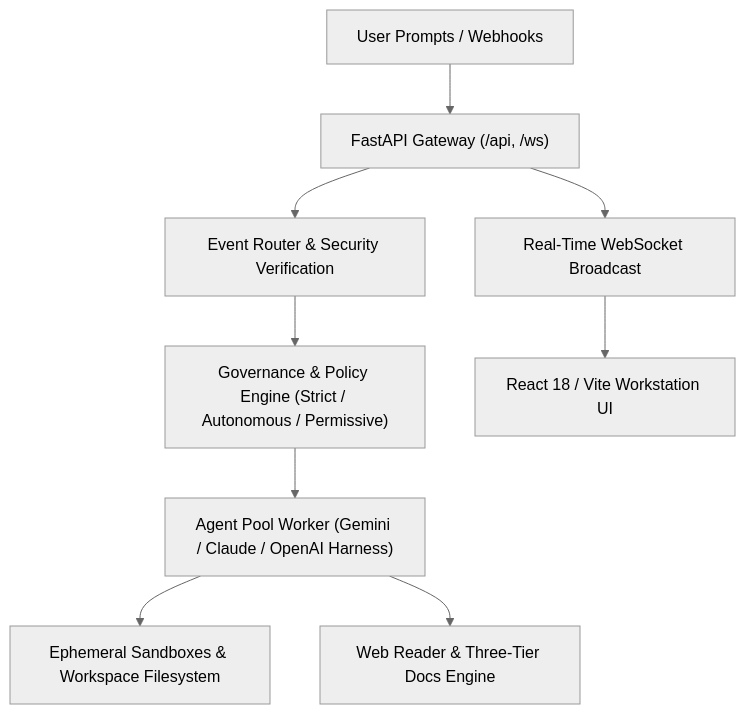
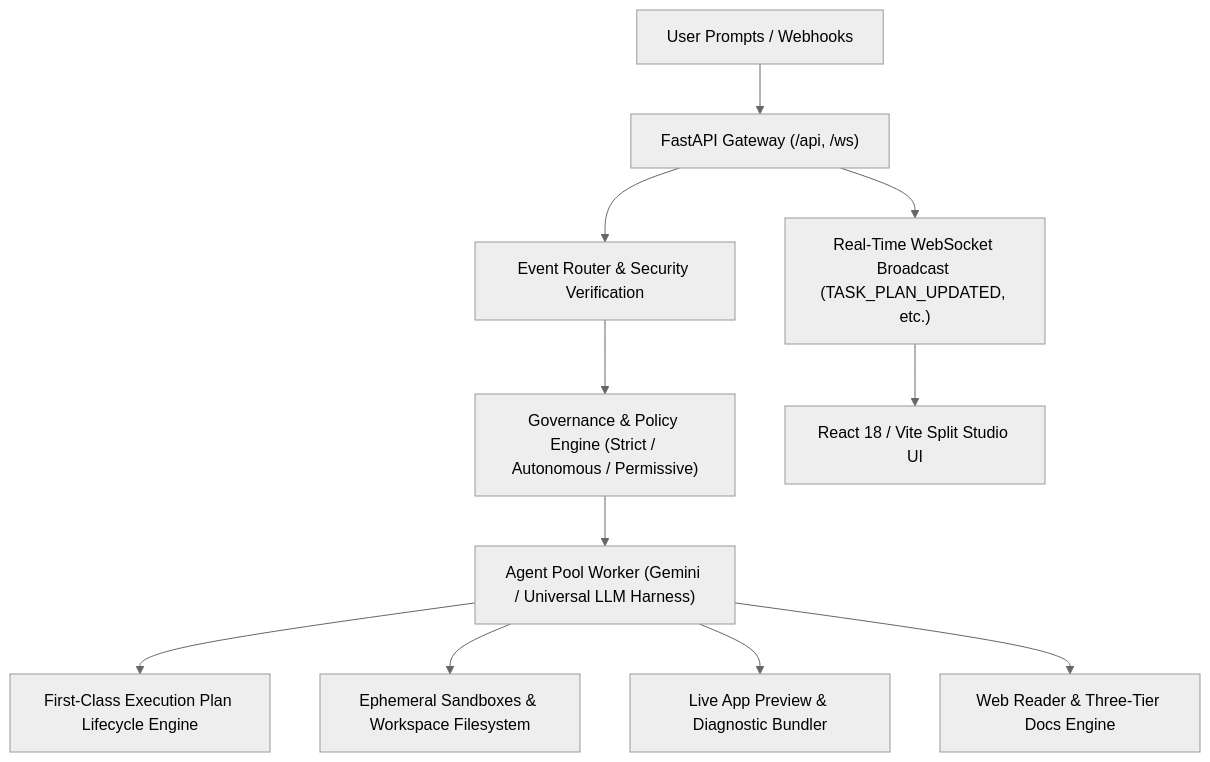
The diagram in README.md (rubum/cyclode), drawn with Mermaid (neutral theme) before and after one commit. The commit also changed other lines of this file, not shown here.

Commit message:
docs: update README with execution plan lifecycle, split studio presets, and test suites

````diff
--- a/README.md
+++ b/README.md
@@ -84,11 +93,13 @@
 ```mermaid
 graph TD
     A["User Prompts / Webhooks"] --> B["FastAPI Gateway (/api, /ws)"]
     B --> C["Event Router & Security Verification"]
     C --> D["Governance & Policy Engine (Strict / Autonomous / Permissive)"]
-    D --> E["Agent Pool Worker (Gemini / Claude / OpenAI Harness)"]
-    E --> F["Ephemeral Sandboxes & Workspace Filesystem"]
-    E --> G["Web Reader & Three-Tier Docs Engine"]
-    B --> H["Real-Time WebSocket Broadcast"]
-    H --> I["React 18 / Vite Workstation UI"]
+    D --> E["Agent Pool Worker (Gemini / Universal LLM Harness)"]
+    E --> F["First-Class Execution Plan Lifecycle Engine"]
+    E --> G["Ephemeral Sandboxes & Workspace Filesystem"]
+    E --> H["Live App Preview & Diagnostic Bundler"]
+    E --> I["Web Reader & Three-Tier Docs Engine"]
+    B --> J["Real-Time WebSocket Broadcast (TASK_PLAN_UPDATED, etc.)"]
+    J --> K["React 18 / Vite Split Studio UI"]
 ```
````
